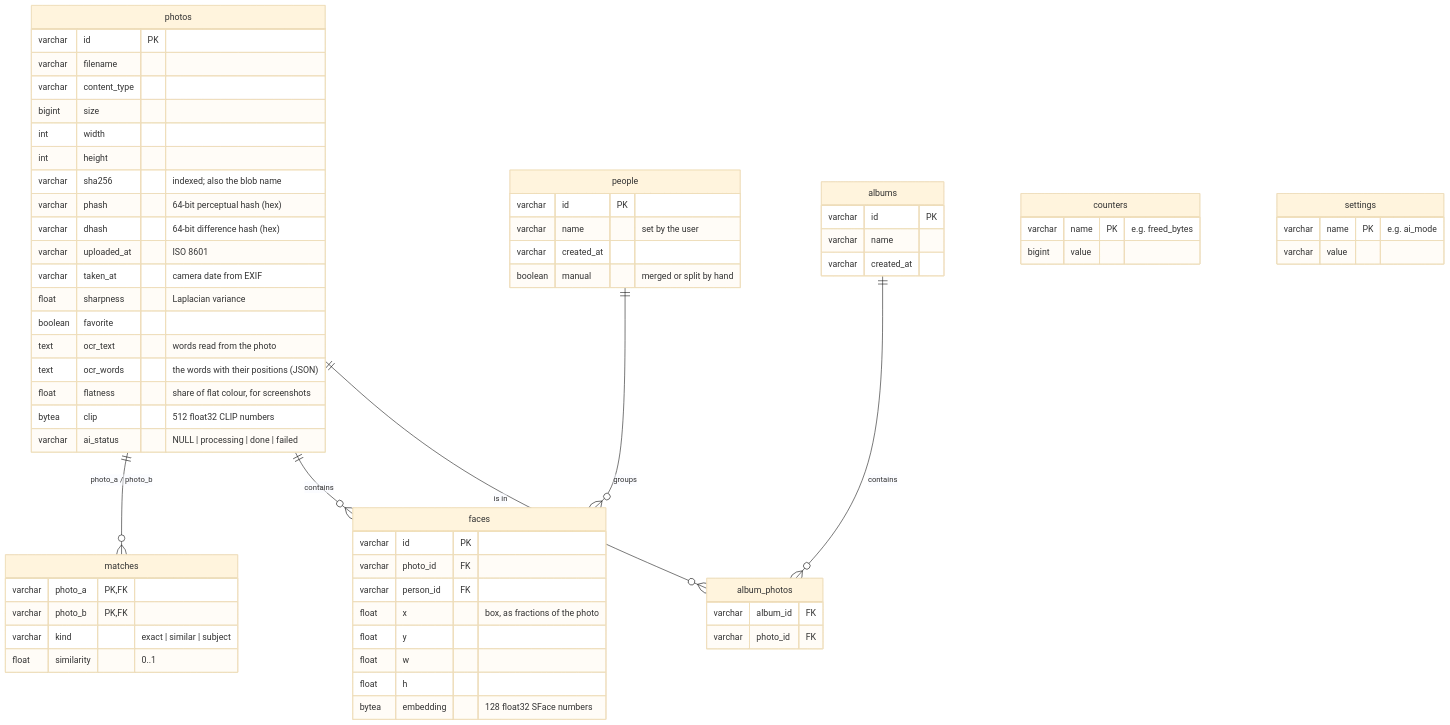
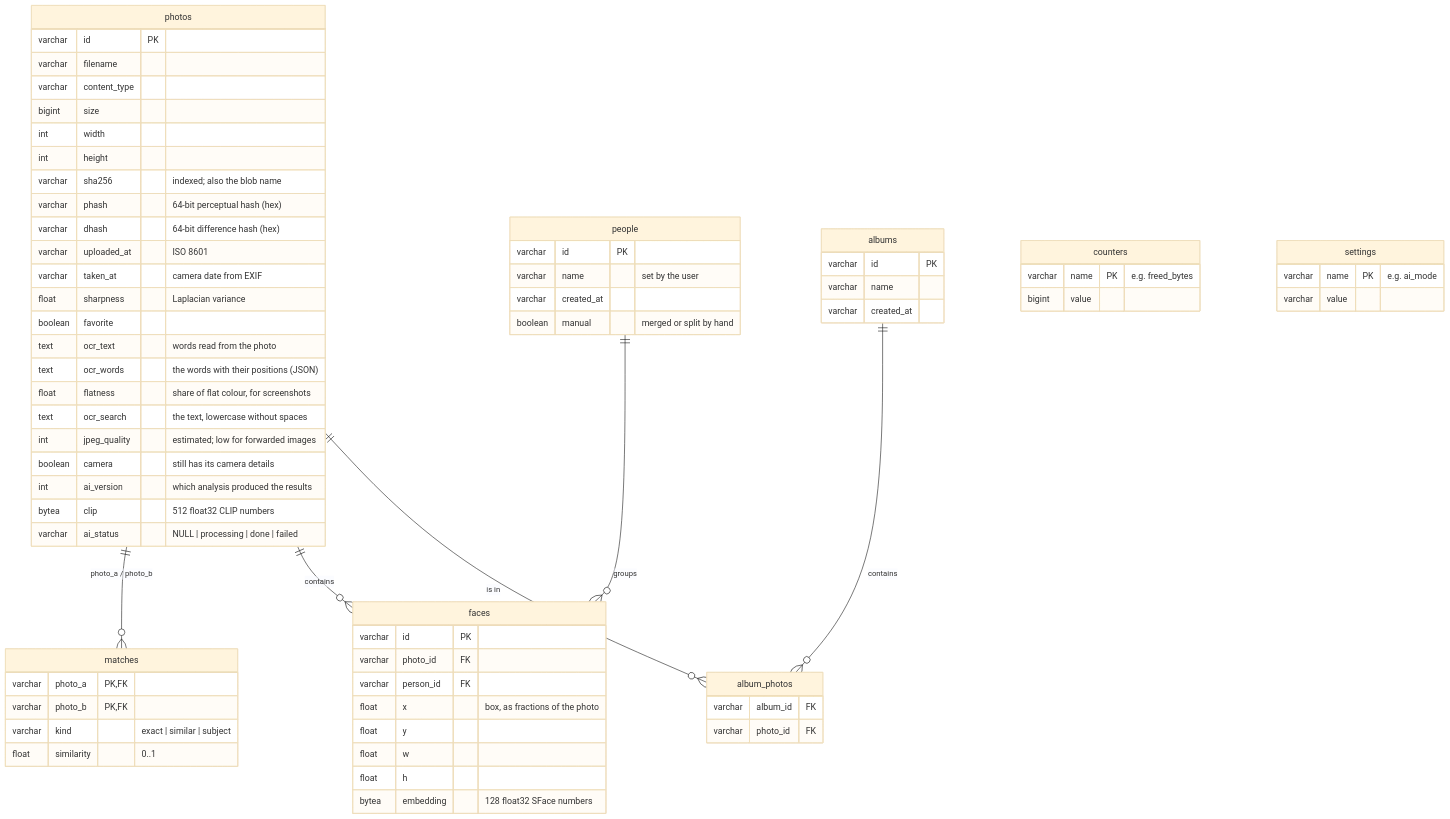
One commit to Arnav-Dugad/imagevault-ai changed the third of 4 diagrams in docs/technical-design-document.md. Above: the diagram before and after it, drawn with Mermaid (base theme). The commit also changed other lines of this file and 25 other files, not shown here.

````diff
--- a/docs/technical-design-document.md
+++ b/docs/technical-design-document.md
@@ -183,67 +184,71 @@
 ```mermaid
 erDiagram
     photos ||--o{ matches : "photo_a / photo_b"
     photos ||--o{ faces : "contains"
     people ||--o{ faces : "groups"
     albums ||--o{ album_photos : "contains"
     photos ||--o{ album_photos : "is in"
     photos {
         varchar id PK
         varchar filename
         varchar content_type
         bigint size
         int width
         int height
         varchar sha256 "indexed; also the blob name"
         varchar phash "64-bit perceptual hash (hex)"
         varchar dhash "64-bit difference hash (hex)"
         varchar uploaded_at "ISO 8601"
         varchar taken_at "camera date from EXIF"
         float sharpness "Laplacian variance"
         boolean favorite
         text ocr_text "words read from the photo"
         text ocr_words "the words with their positions (JSON)"
         float flatness "share of flat colour, for screenshots"
+        text ocr_search "the text, lowercase without spaces"
+        int jpeg_quality "estimated; low for forwarded images"
+        boolean camera "still has its camera details"
+        int ai_version "which analysis produced the results"
         bytea clip "512 float32 CLIP numbers"
         varchar ai_status "NULL | processing | done | failed"
     }
     matches {
         varchar photo_a PK, FK
         varchar photo_b PK, FK
         varchar kind "exact | similar | subject"
         float similarity "0..1"
     }
     faces {
         varchar id PK
         varchar photo_id FK
         varchar person_id FK
         float x "box, as fractions of the photo"
         float y
         float w
         float h
         bytea embedding "128 float32 SFace numbers"
     }
     people {
         varchar id PK
         varchar name "set by the user"
         varchar created_at
         boolean manual "merged or split by hand"
     }
     counters {
         varchar name PK "e.g. freed_bytes"
         bigint value
     }
     settings {
         varchar name PK "e.g. ai_mode"
         varchar value
     }
     albums {
         varchar id PK
         varchar name
         varchar created_at
     }
     album_photos {
         varchar album_id FK
         varchar photo_id FK
     }
 ```
````
